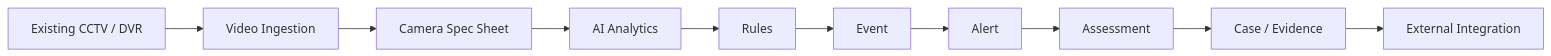
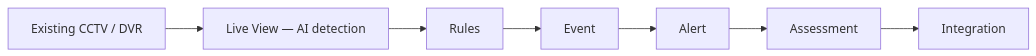
The diagram in README.md (Sujatx/ibvap), drawn with Mermaid before and after one commit. The commit also changed other lines of this file and 6 other files, not shown here.

````diff
--- a/README.md
+++ b/README.md
@@ -108,12 +110,9 @@
 ```mermaid
 flowchart LR
-    A[Existing CCTV / DVR] --> B[Video Ingestion]
-    B --> C[Camera Spec Sheet]
-    C --> D[AI Analytics]
-    D --> E[Rules]
-    E --> F[Event]
-    F --> G[Alert]
-    G --> H[Assessment]
-    H --> I[Case / Evidence]
-    I --> J[External Integration]
+    A[Existing CCTV / DVR] --> B[Live View — AI detection]
+    B --> C[Rules]
+    C --> D[Event]
+    D --> E[Alert]
+    E --> F[Assessment]
+    F --> G[Integration]
 ```
````
